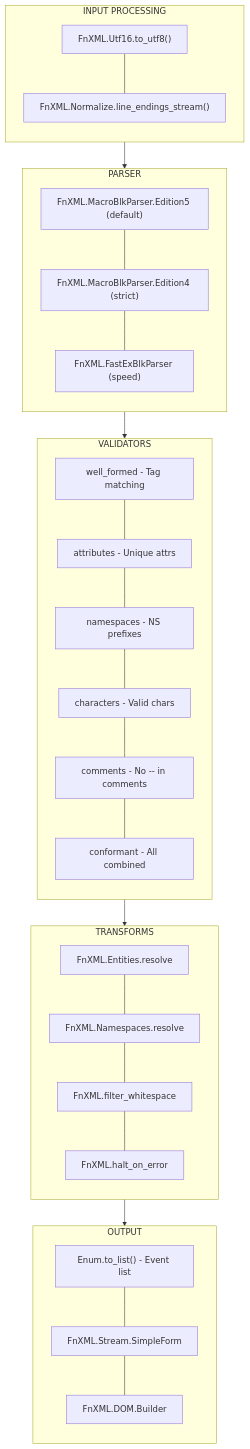
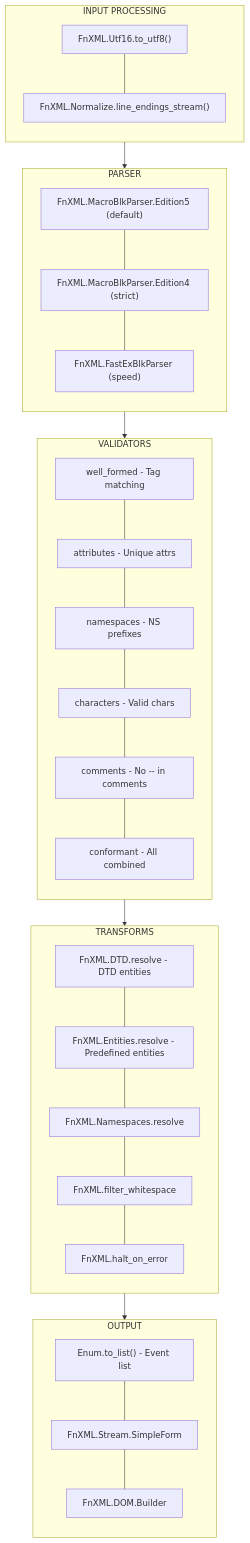
Before and after one commit to FnXML/fnxml: the second of 2 diagrams in getting_started.md, drawn with Mermaid. The commit also changed other lines of this file and 2 other files, not shown here.

````diff
--- a/getting_started.md
+++ b/getting_started.md
@@ -487,50 +498,51 @@
 ```mermaid
 flowchart TB
     subgraph INPUT["INPUT PROCESSING"]
         direction TB
         I1["FnXML.Utf16.to_utf8()"]
         I2["FnXML.Normalize.line_endings_stream()"]
         I1 --- I2
     end
 
     subgraph PARSER["PARSER"]
         direction TB
         P1["FnXML.MacroBlkParser.Edition5 (default)"]
         P2["FnXML.MacroBlkParser.Edition4 (strict)"]
         P3["FnXML.FastExBlkParser (speed)"]
         P1 --- P2 --- P3
     end
 
     subgraph VALIDATORS["VALIDATORS"]
         direction TB
         V1["well_formed - Tag matching"]
         V2["attributes - Unique attrs"]
         V3["namespaces - NS prefixes"]
         V4["characters - Valid chars"]
         V5["comments - No -- in comments"]
         V6["conformant - All combined"]
         V1 --- V2 --- V3 --- V4 --- V5 --- V6
     end
 
     subgraph TRANSFORMS["TRANSFORMS"]
         direction TB
-        T1["FnXML.Entities.resolve"]
+        T0["FnXML.DTD.resolve - DTD entities"]
+        T1["FnXML.Entities.resolve - Predefined entities"]
         T2["FnXML.Namespaces.resolve"]
         T3["FnXML.filter_whitespace"]
         T4["FnXML.halt_on_error"]
-        T1 --- T2 --- T3 --- T4
+        T0 --- T1 --- T2 --- T3 --- T4
     end
 
     subgraph OUTPUT["OUTPUT"]
         direction TB
         O1["Enum.to_list() - Event list"]
         O2["FnXML.Stream.SimpleForm"]
         O3["FnXML.DOM.Builder"]
         O1 --- O2 --- O3
     end
 
     INPUT --> PARSER
     PARSER --> VALIDATORS
     VALIDATORS --> TRANSFORMS
     TRANSFORMS --> OUTPUT
 ```
````
